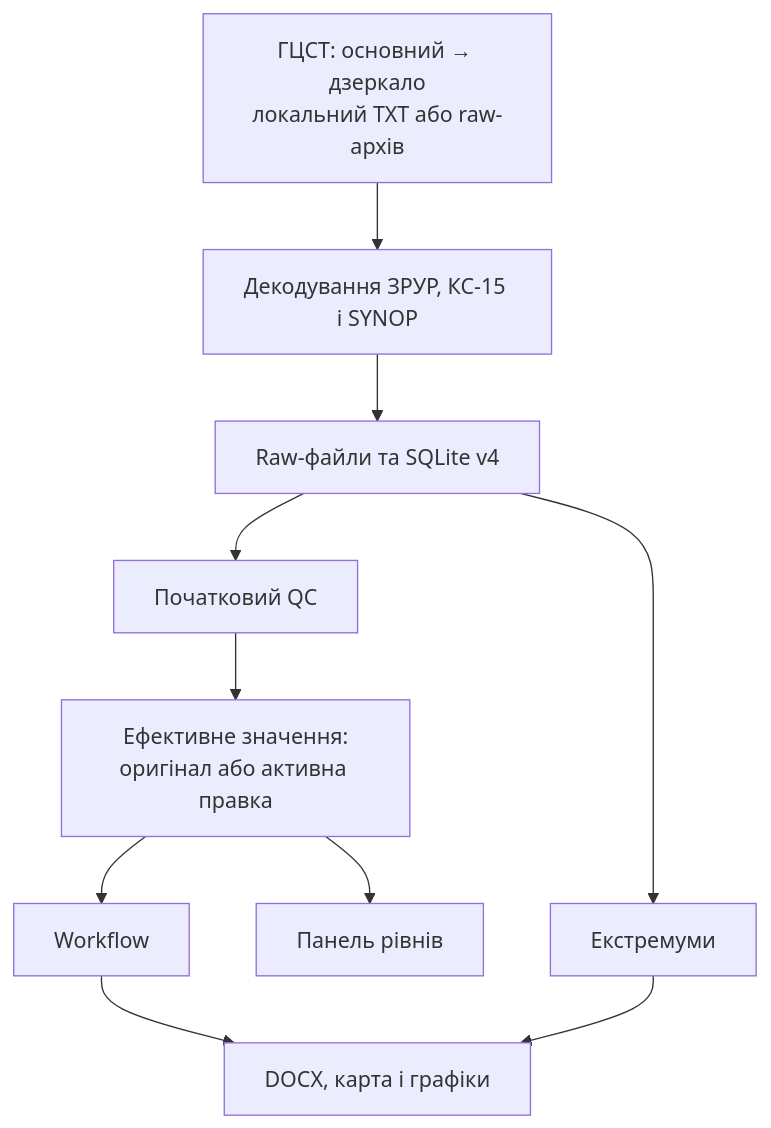
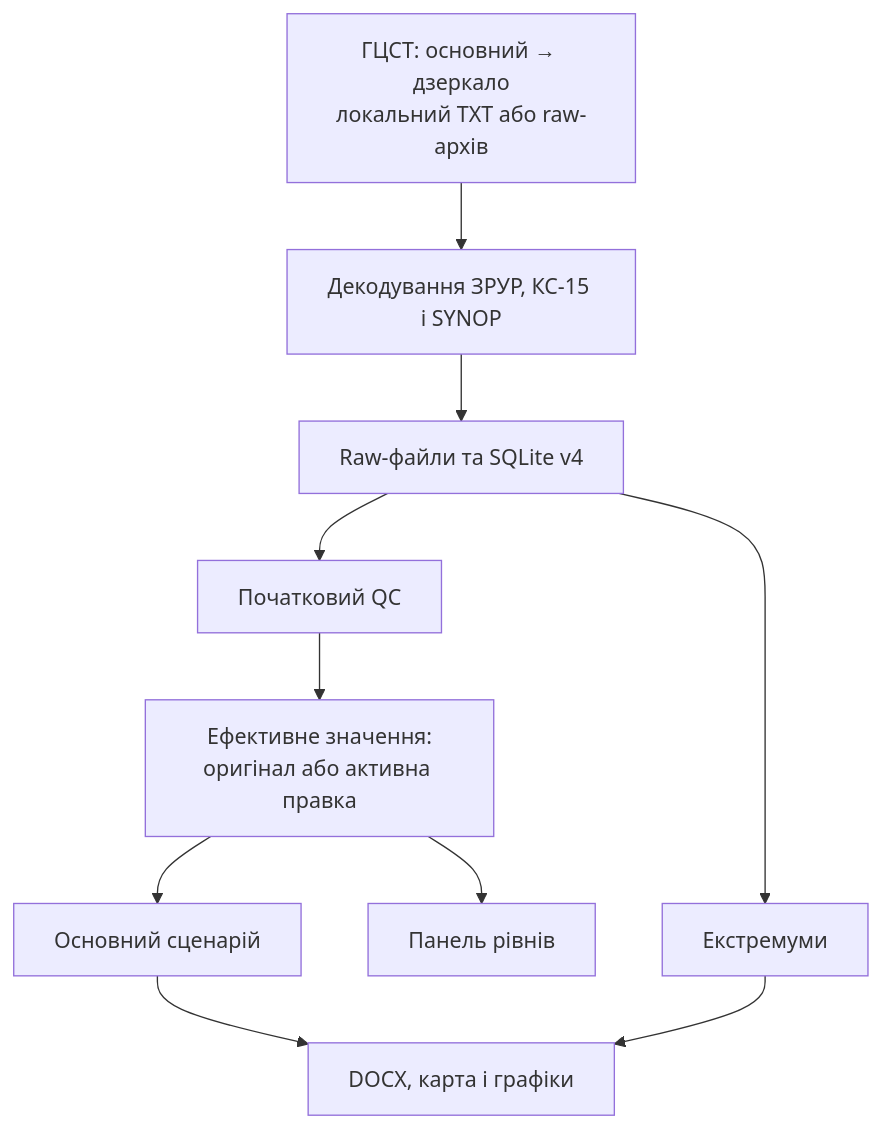
Before and after one commit to Brem090/HydroBulletin: the diagram in docs/ARCHITECTURE.md, drawn with Mermaid. The commit also changed other lines of this file and 30 other files, not shown here.

````diff
--- a/docs/ARCHITECTURE.md
+++ b/docs/ARCHITECTURE.md
@@ -5,12 +5,12 @@
 ```mermaid
 flowchart TD
     A["ГЦСТ: основний → дзеркало<br/>локальний TXT або raw-архів"] --> B["Декодування ЗРУР, КС-15 і SYNOP"]
     B --> C["Raw-файли та SQLite v4"]
     C --> D["Початковий QC"]
     D --> E["Ефективне значення:<br/>оригінал або активна правка"]
-    E --> F["Workflow"]
+    E --> F["Основний сценарій"]
     F --> G["DOCX, карта і графіки"]
     E --> H["Панель рівнів"]
     C --> I["Екстремуми"]
     I --> G
 ```
````
